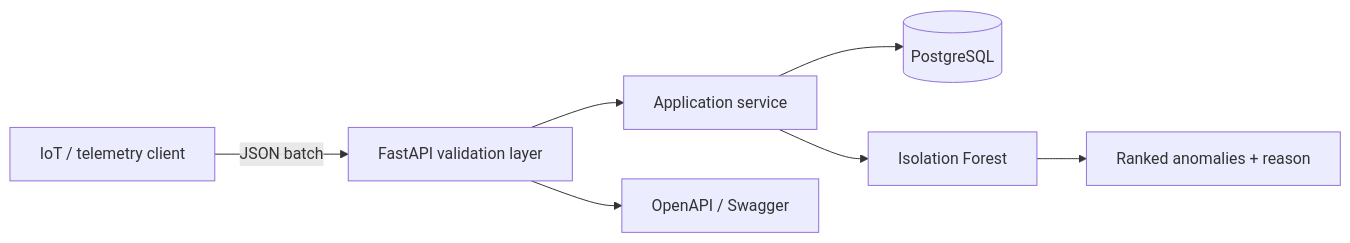
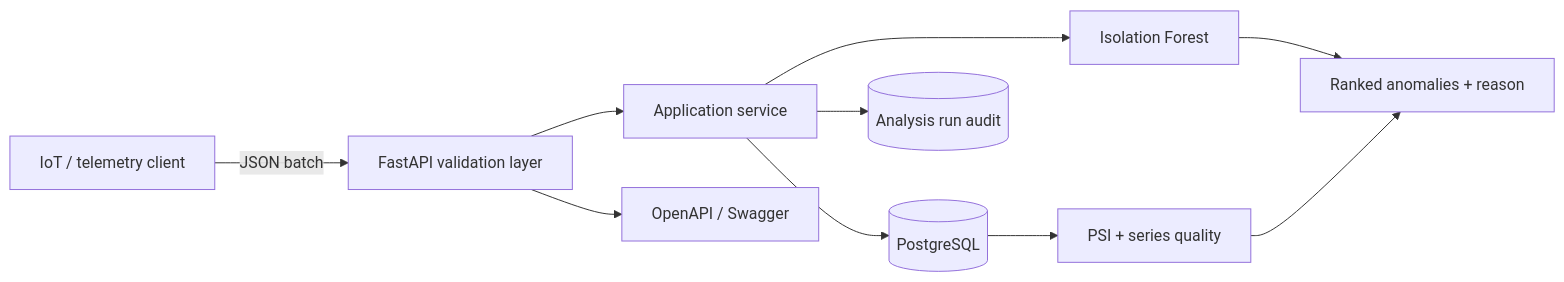
Before and after one commit to PabloVA02/gridwatch-ai: the diagram in docs/architecture.md, drawn with Mermaid. The commit also changed other lines of this file and 18 other files, not shown here.

````diff
--- a/docs/architecture.md
+++ b/docs/architecture.md
@@ -3,9 +3,12 @@
 ```mermaid
 flowchart LR
     Sensor[IoT / telemetry client] -->|JSON batch| API[FastAPI validation layer]
     API --> Service[Application service]
     Service --> DB[(PostgreSQL)]
     Service --> Model[Isolation Forest]
     Model --> Result[Ranked anomalies + reason]
+    Service --> Runs[(Analysis run audit)]
+    DB --> Monitor[PSI + series quality]
+    Monitor --> Result
     API --> Docs[OpenAPI / Swagger]
 ```
````
